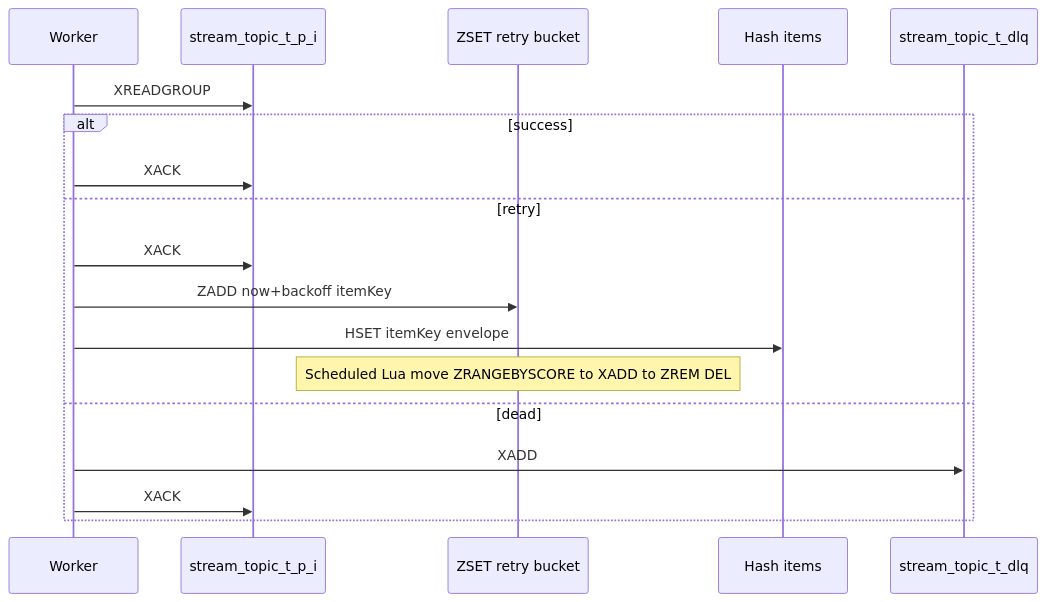
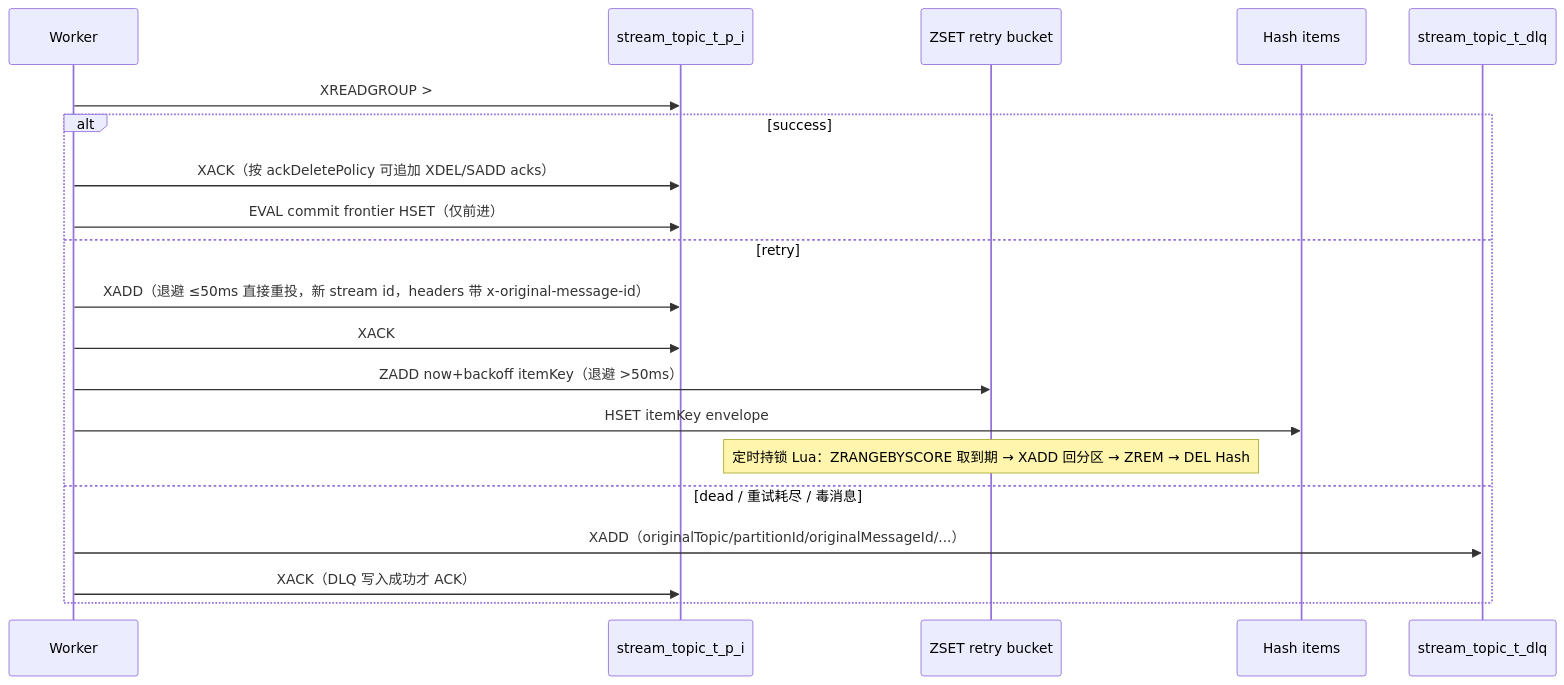
The second of 3 diagrams in docs/MQ-Broker-Interaction.md (cuihairu/redis-streaming), drawn with Mermaid before and after one commit. The commit also changed other lines of this file and 26 other files, not shown here.

````diff
--- a/docs/MQ-Broker-Interaction.md
+++ b/docs/MQ-Broker-Interaction.md
@@ -41,20 +55,22 @@
 ```mermaid
 sequenceDiagram
   participant W as Worker
   participant S as stream_topic_t_p_i
   participant RB as ZSET retry bucket
   participant RH as Hash items
   participant DL as stream_topic_t_dlq
-  W->>S: XREADGROUP
+  W->>S: XREADGROUP >
   alt success
+    W->>S: XACK（按 ackDeletePolicy 可追加 XDEL/SADD acks）
+    W->>S: EVAL commit frontier HSET（仅前进）
+  else retry
+    W->>S: XADD（退避 ≤50ms 直接重投，新 stream id，headers 带 x-original-message-id）
     W->>S: XACK
-  else retry
-    W->>S: XACK
-    W->>RB: ZADD now+backoff itemKey
+    W->>RB: ZADD now+backoff itemKey（退避 >50ms）
     W->>RH: HSET itemKey envelope
-    Note over RB: Scheduled Lua move ZRANGEBYSCORE to XADD to ZREM DEL
-  else dead
-    W->>DL: XADD
-    W->>S: XACK
+    Note over RB: 定时持锁 Lua：ZRANGEBYSCORE 取到期 → XADD 回分区 → ZREM → DEL Hash
+  else dead / 重试耗尽 / 毒消息
+    W->>DL: XADD（originalTopic/partitionId/originalMessageId/...）
+    W->>S: XACK（DLQ 写入成功才 ACK）
   end
 ```
````
